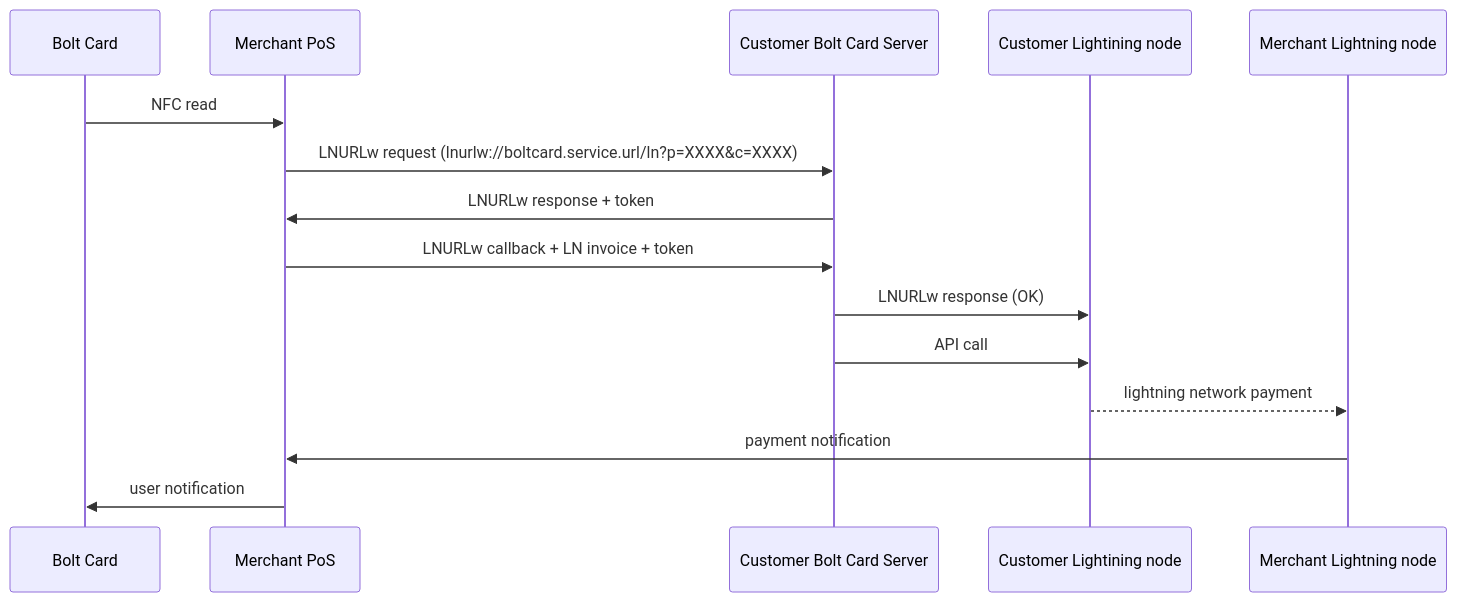
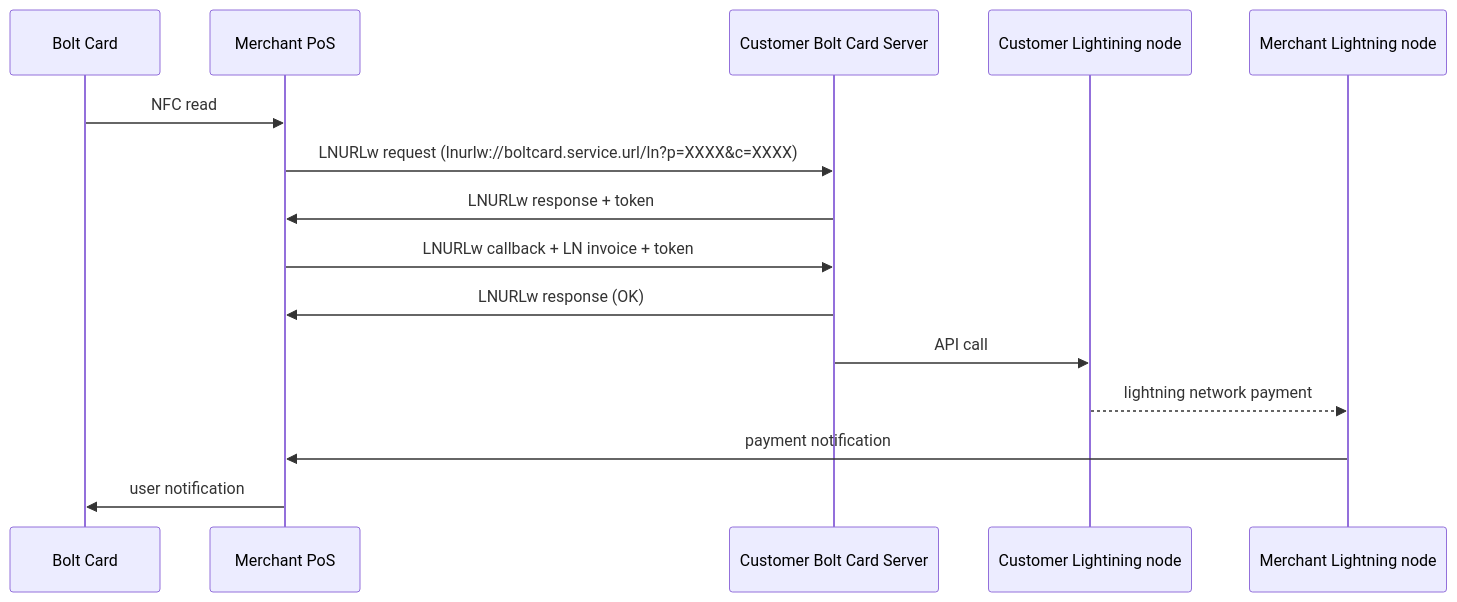
The diagram in system.MD (robertclarkson/mockend), drawn with Mermaid before and after one commit.

````diff
--- a/system.MD
+++ b/system.MD
@@ -3,17 +3,17 @@
 ```mermaid
 sequenceDiagram
     participant p1 as Bolt Card
     participant p2 as Merchant PoS
     participant p3 as Customer Bolt Card Server
     participant p4 as Customer Lightining node
     participant p5 as Merchant Lightning node
     p1->>p2: NFC read
     p2->>p3: LNURLw request (lnurlw://boltcard.service.url/ln?p=XXXX&c=XXXX)
     p3->>p2: LNURLw response + token
     p2->>p3: LNURLw callback + LN invoice + token
-    p3->>p4: LNURLw response (OK)
+    p3->>p2: LNURLw response (OK)
     p3->>p4: API call
     p4-->>p5: lightning network payment
     p5->>p2: payment notification
     p2->>p1: user notification
 ```
````
